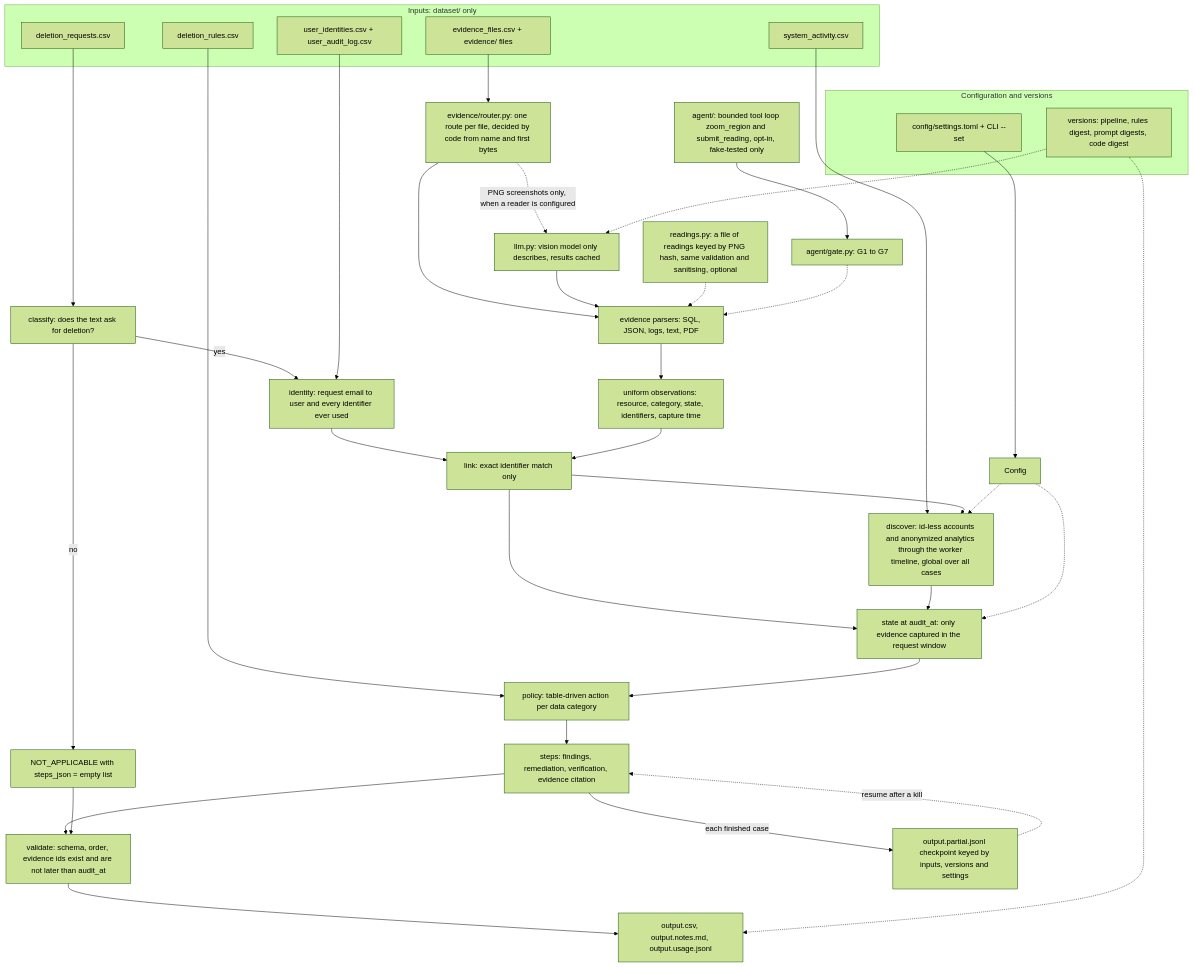
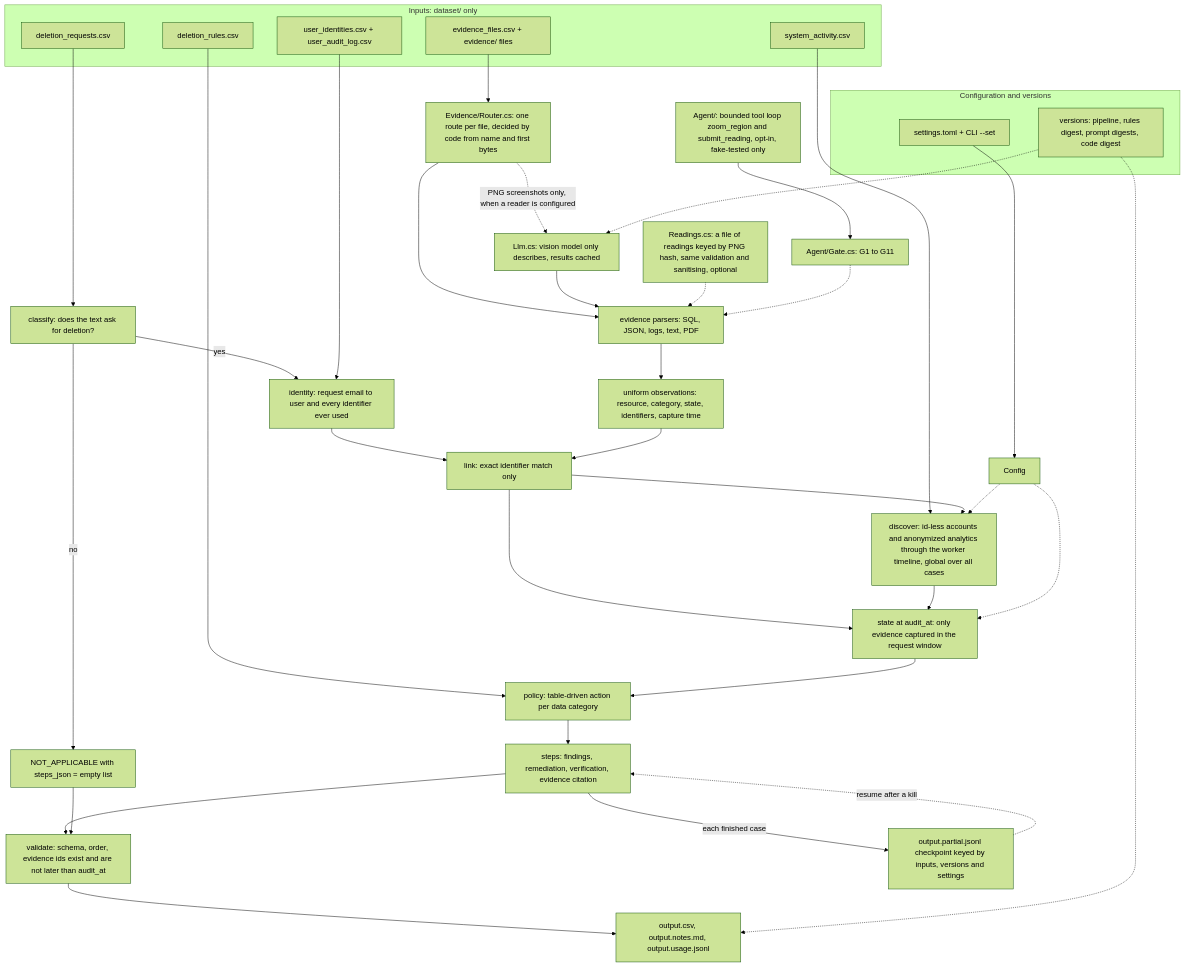
Before and after one commit to mohamedrahul56/hackerrank-orchestrate-october26: the diagram in ARCHITECTURE.md, drawn with Mermaid (forest theme). The commit also changed other lines of this file and 143 other files, not shown here.

````diff
--- a/ARCHITECTURE.md
+++ b/ARCHITECTURE.md
@@ -7,48 +7,48 @@
 ```mermaid
 flowchart TD
     subgraph IN["Inputs: dataset/ only"]
         REQ["deletion_requests.csv"]
         IDT["user_identities.csv + user_audit_log.csv"]
         RUL["deletion_rules.csv"]
         ACT["system_activity.csv"]
         EVF["evidence_files.csv + evidence/ files"]
     end
 
     subgraph SET["Configuration and versions"]
-        TOML["config/settings.toml + CLI --set"]
+        TOML["settings.toml + CLI --set"]
         VER["versions: pipeline, rules digest, prompt digests, code digest"]
     end
 
     REQ --> CLS["classify: does the text ask for deletion?"]
     CLS -- "no" --> NA["NOT_APPLICABLE with steps_json = empty list"]
     CLS -- "yes" --> IDR["identity: request email to user and every identifier ever used"]
     IDT --> IDR
-    EVF --> ROUTE["evidence/router.py: one route per file, decided by code from name and first bytes"]
+    EVF --> ROUTE["Evidence/Router.cs: one route per file, decided by code from name and first bytes"]
     ROUTE --> PARSE["evidence parsers: SQL, JSON, logs, text, PDF"]
-    ROUTE -. "PNG screenshots only, when a reader is configured" .-> VLM["llm.py: vision model only describes, results cached"]
+    ROUTE -. "PNG screenshots only, when a reader is configured" .-> VLM["Llm.cs: vision model only describes, results cached"]
     VLM --> PARSE
-    RDG["readings.py: a file of readings keyed by PNG hash, same validation and sanitising, optional"] -.-> PARSE
-    AGT["agent/: bounded tool loop zoom_region and submit_reading, opt-in, fake-tested only"] --> GATE["agent/gate.py: G1 to G7"]
+    RDG["Readings.cs: a file of readings keyed by PNG hash, same validation and sanitising, optional"] -.-> PARSE
+    AGT["Agent/: bounded tool loop zoom_region and submit_reading, opt-in, fake-tested only"] --> GATE["Agent/Gate.cs: G1 to G11"]
     GATE -.-> PARSE
     PARSE --> OBS["uniform observations: resource, category, state, identifiers, capture time"]
     IDR --> LINK["link: exact identifier match only"]
     OBS --> LINK
     ACT --> DISC["discover: id-less accounts and anonymized analytics through the worker timeline, global over all cases"]
     LINK --> DISC
     LINK --> STATE["state at audit_at: only evidence captured in the request window"]
     DISC --> STATE
     RUL --> POL["policy: table-driven action per data category"]
     STATE --> POL
     POL --> STEPS["steps: findings, remediation, verification, evidence citation"]
     STEPS --> VAL["validate: schema, order, evidence ids exist and are not later than audit_at"]
     NA --> VAL
     VAL --> OUT["output.csv, output.notes.md, output.usage.jsonl"]
 
     TOML --> CFG["Config"]
     CFG -.-> DISC
     CFG -.-> STATE
     VER -.-> OUT
     VER -.-> VLM
     STEPS -- "each finished case" --> CKPT["output.partial.jsonl checkpoint keyed by inputs, versions and settings"]
     CKPT -. "resume after a kill" .-> STEPS
 ```
````
